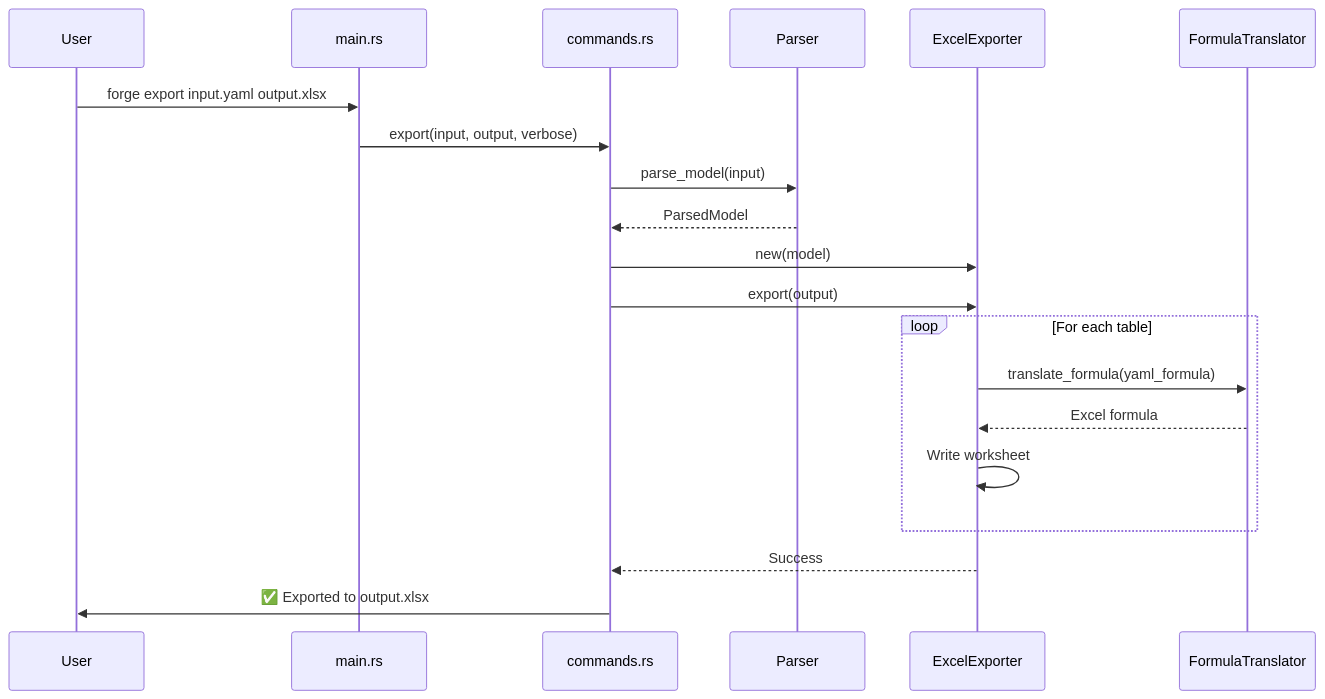
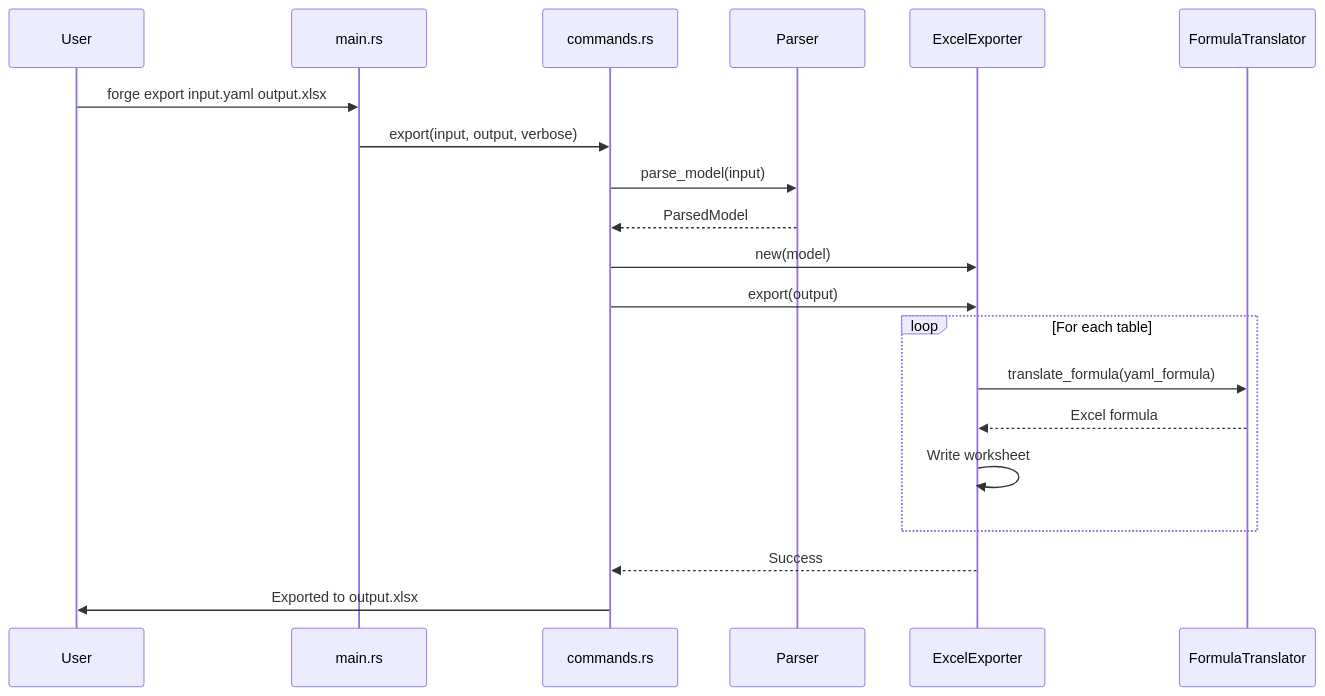
One commit to mollendorff-ai/forge changed the ninth of 12 diagrams in docs/architecture/01-COMPONENT-ARCHITECTURE.md. Above: the diagram before and after it, drawn with Mermaid. The commit also changed other lines of this file and 20 other files, not shown here.

````diff
--- a/docs/architecture/01-COMPONENT-ARCHITECTURE.md
+++ b/docs/architecture/01-COMPONENT-ARCHITECTURE.md
@@ -807,23 +807,23 @@
 ```mermaid
 sequenceDiagram
     participant User
     participant CLI as main.rs
     participant Cmd as commands.rs
     participant Parser
     participant Exporter as ExcelExporter
     participant Trans as FormulaTranslator
 
     User->>CLI: forge export input.yaml output.xlsx
     CLI->>Cmd: export(input, output, verbose)
     Cmd->>Parser: parse_model(input)
     Parser-->>Cmd: ParsedModel
     Cmd->>Exporter: new(model)
     Cmd->>Exporter: export(output)
     loop For each table
         Exporter->>Trans: translate_formula(yaml_formula)
         Trans-->>Exporter: Excel formula
         Exporter->>Exporter: Write worksheet
     end
     Exporter-->>Cmd: Success
-    Cmd->>User: ✅ Exported to output.xlsx
+    Cmd->>User: Exported to output.xlsx
 ```
````
